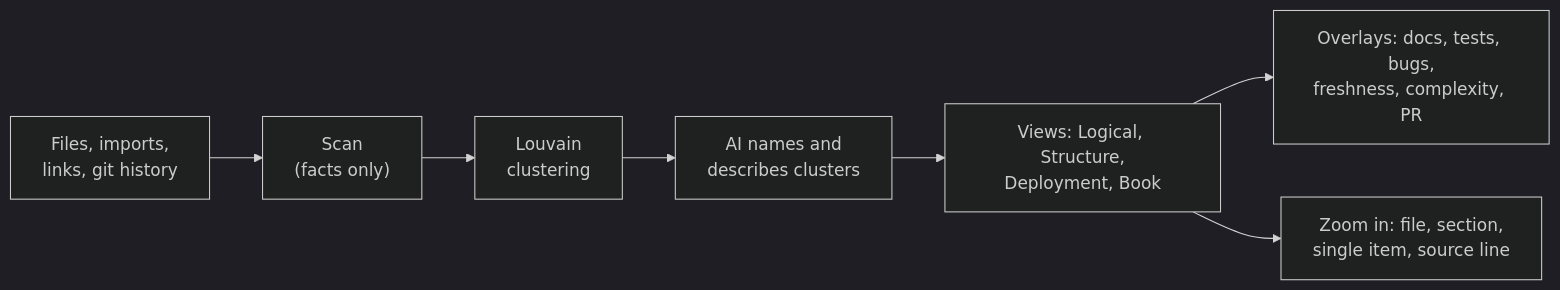
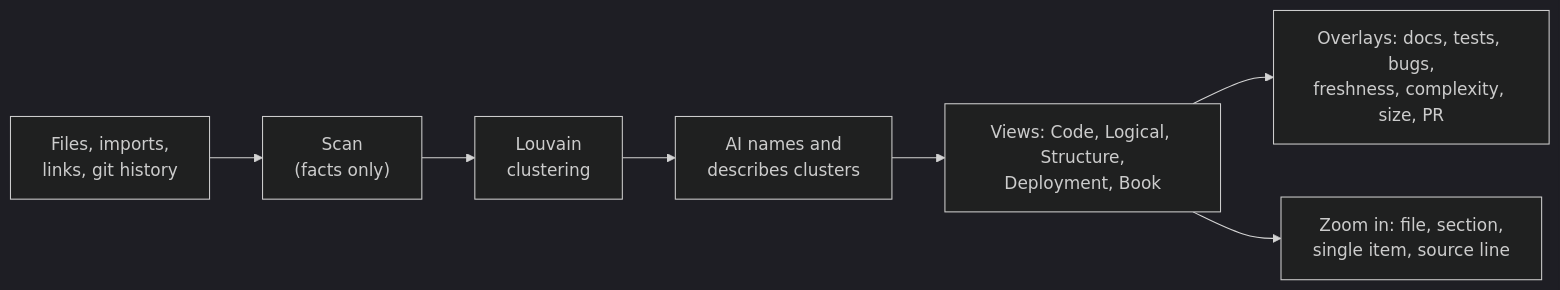
Before and after one commit to t-boris/MarkView: the third of 10 diagrams in README.md, drawn with Mermaid (dark theme). The commit also changed other lines of this file and 5 other files, not shown here.

````diff
--- a/README.md
+++ b/README.md
@@ -136,9 +190,9 @@
 ```mermaid
 flowchart LR
     F["Files, imports,<br/>links, git history"] --> S["Scan<br/>(facts only)"]
     S --> L["Louvain<br/>clustering"]
     L --> N["AI names and<br/>describes clusters"]
-    N --> V["Views: Logical, Structure,<br/>Deployment, Book"]
-    V --> O["Overlays: docs, tests, bugs,<br/>freshness, complexity, PR"]
+    N --> V["Views: Code, Logical, Structure,<br/>Deployment, Book"]
+    V --> O["Overlays: docs, tests, bugs,<br/>freshness, complexity, size, PR"]
     V --> Z["Zoom in: file, section,<br/>single item, source line"]
 ```
````
